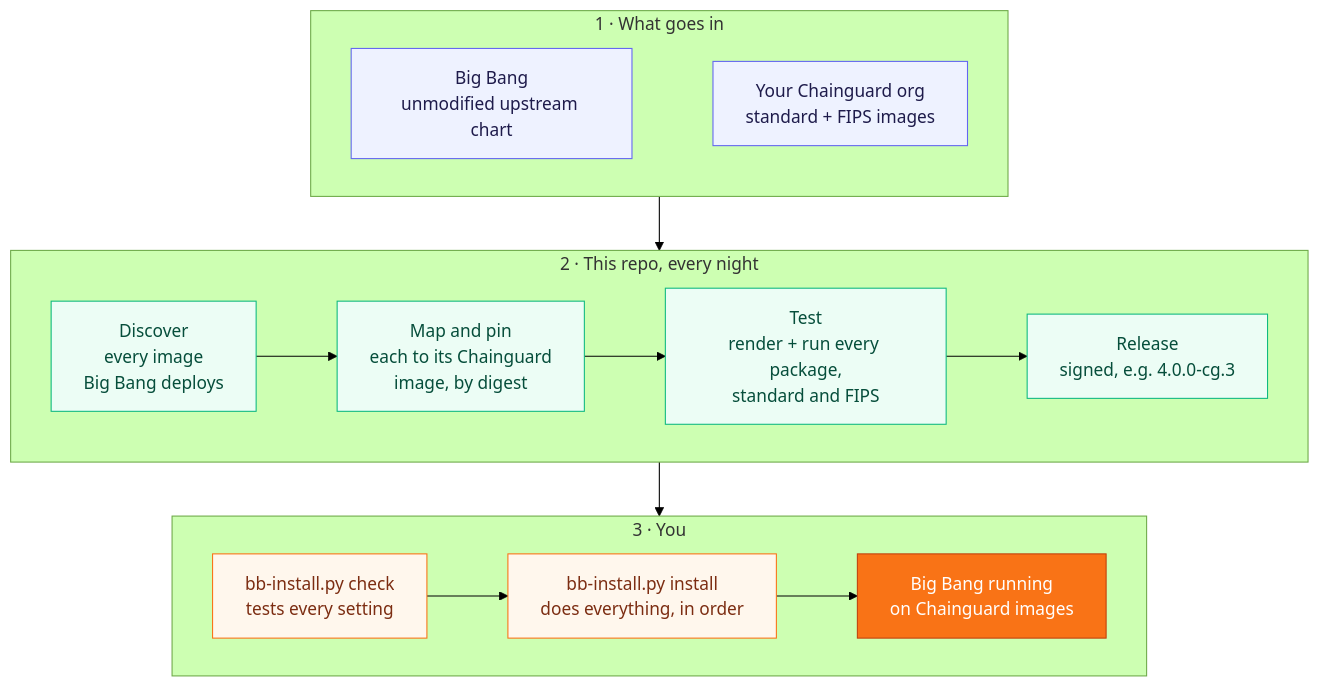
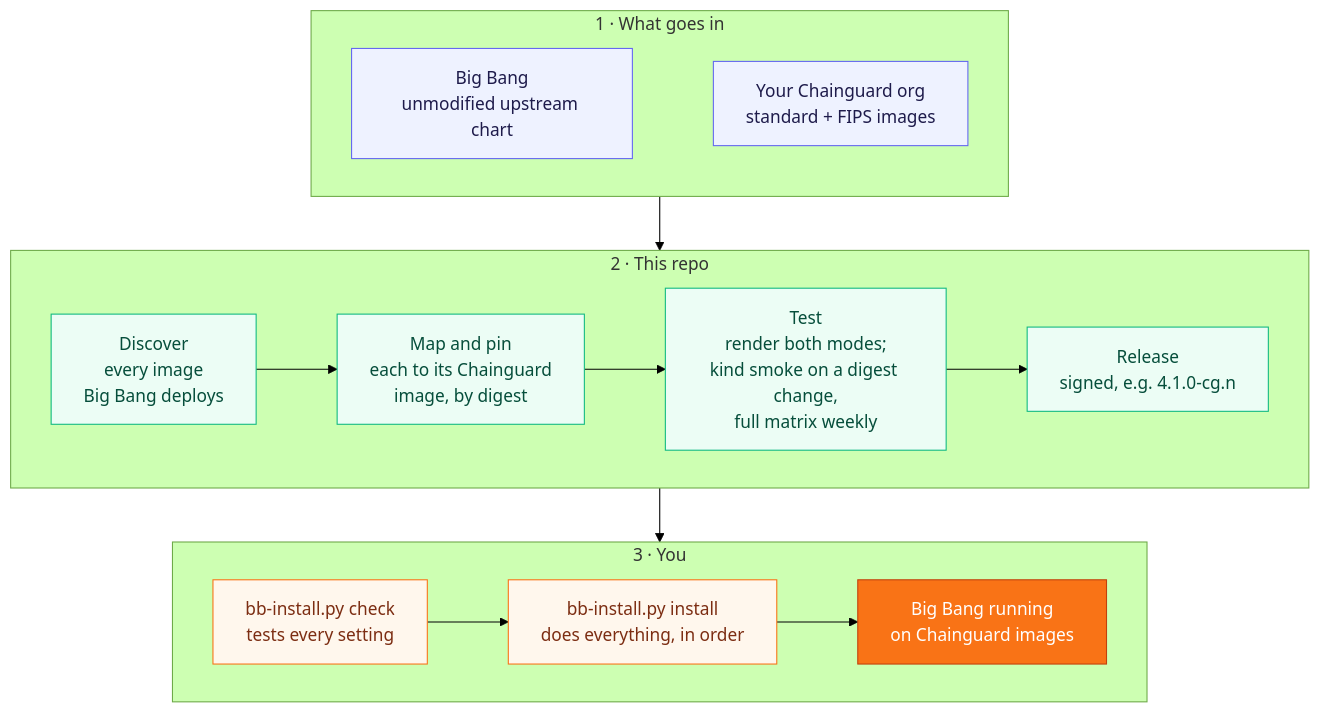
One commit to Zapata-Technology/bigbang-chainguard changed the diagram in README.md. Above: the diagram before and after it, drawn with Mermaid (forest theme). The commit also changed other lines of this file and 5 other files, not shown here.

First line of the commit message:
docs: match the diagrams to the smoke set and the results gate

````diff
--- a/README.md
+++ b/README.md
@@ -12,33 +12,33 @@
 ```mermaid
 flowchart TB
     subgraph IN["1 · What goes in"]
         direction LR
         BB["Big Bang<br/>unmodified upstream chart"]
         CG["Your Chainguard org<br/>standard + FIPS images"]
         BB ~~~ CG
     end
 
-    subgraph REPO["2 · This repo, every night"]
+    subgraph REPO["2 · This repo"]
         direction LR
         D["Discover<br/>every image<br/>Big Bang deploys"] --> M["Map and pin<br/>each to its Chainguard<br/>image, by digest"]
-        M --> T["Test<br/>render + run every package,<br/>standard and FIPS"]
-        T --> R["Release<br/>signed, e.g. 4.0.0-cg.3"]
+        M --> T["Test<br/>render both modes;<br/>kind smoke on a digest change,<br/>full matrix weekly"]
+        T --> R["Release<br/>signed, e.g. 4.1.0-cg.n"]
     end
 
     subgraph YOU["3 · You"]
         direction LR
         C["bb-install.py check<br/>tests every setting"] --> I["bb-install.py install<br/>does everything, in order"]
         I --> K["Big Bang running<br/>on Chainguard images"]
     end
 
     IN --> REPO --> YOU
 
     classDef input fill:#eef2ff,stroke:#6366f1,color:#1e1b4b
     classDef step fill:#ecfdf5,stroke:#10b981,color:#064e3b
     classDef you fill:#fff7ed,stroke:#f97316,color:#7c2d12
     classDef done fill:#f97316,stroke:#c2410c,color:#ffffff
     class BB,CG input
     class D,M,T,R step
     class C,I you
     class K done
 ```
````
